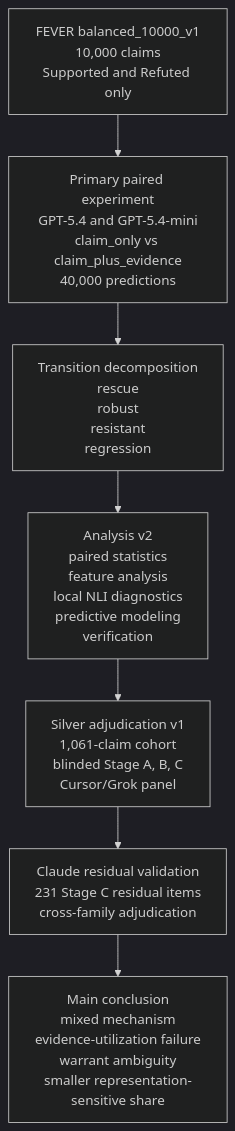
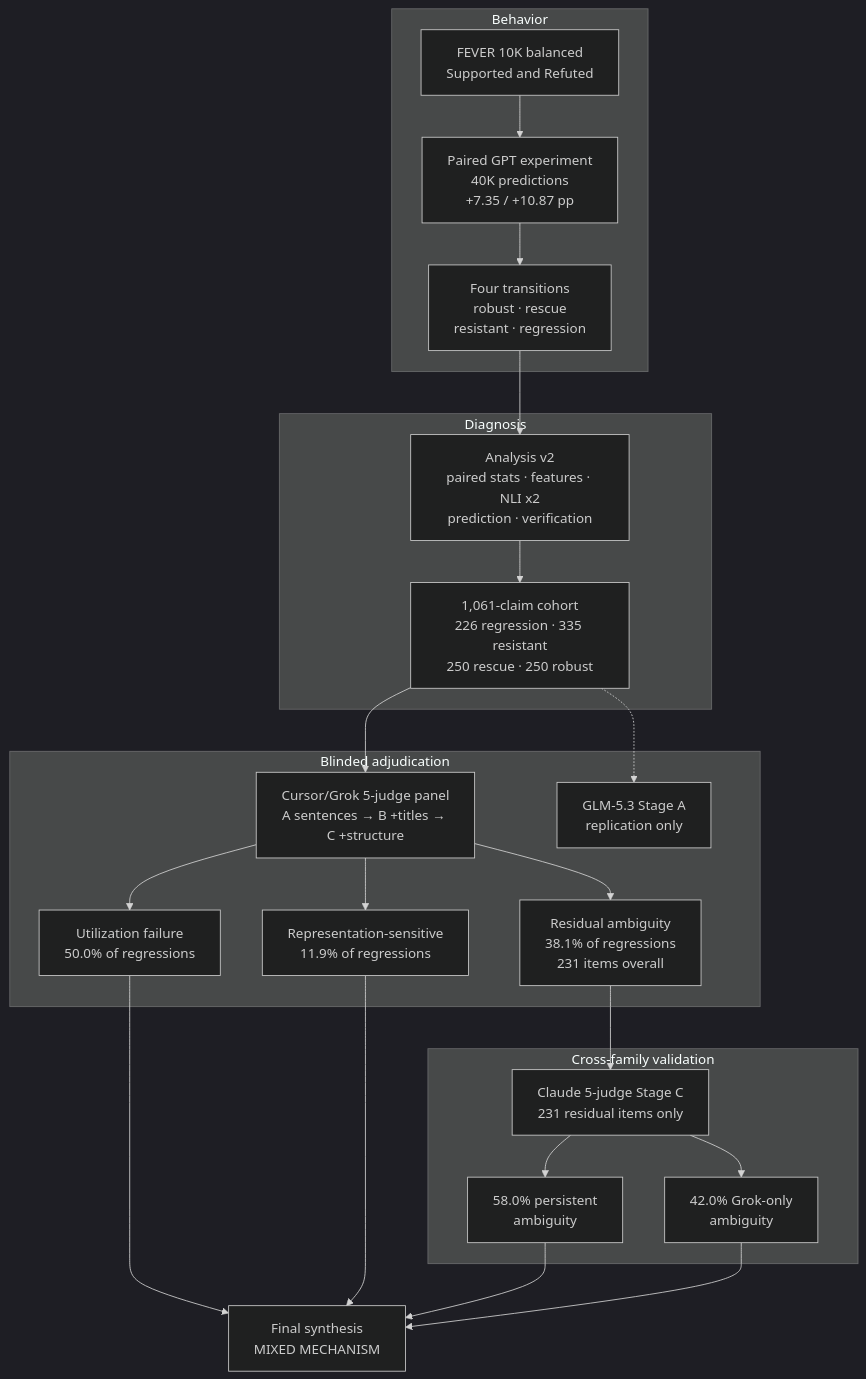
The diagram in README.md (ChimdumebiNebolisa/Evidex), drawn with Mermaid (dark theme) before and after one commit. The commit also changed other lines of this file, not shown here.

````diff
--- a/README.md
+++ b/README.md
@@ -7,14 +9,43 @@
 ```mermaid
 flowchart TD
-    A[FEVER balanced_10000_v1<br/>10,000 claims<br/>Supported and Refuted only] --> B[Primary paired experiment<br/>GPT-5.4 and GPT-5.4-mini<br/>claim_only vs claim_plus_evidence<br/>40,000 predictions]
+    subgraph Behavior["Behavior"]
+        fever[FEVER 10K balanced<br/>Supported and Refuted]
+        gpt[Paired GPT experiment<br/>40K predictions<br/>+7.35 / +10.87 pp]
+        trans[Four transitions<br/>robust · rescue<br/>resistant · regression]
+        fever --> gpt --> trans
+    end
 
-    B --> C[Transition decomposition<br/>rescue<br/>robust<br/>resistant<br/>regression]
+    subgraph Diagnosis["Diagnosis"]
+        a2[Analysis v2<br/>paired stats · features · NLI x2<br/>prediction · verification]
+        cohort[1,061-claim cohort<br/>226 regression · 335 resistant<br/>250 rescue · 250 robust]
+        trans --> a2 --> cohort
+    end
 
-    C --> D[Analysis v2<br/>paired statistics<br/>feature analysis<br/>local NLI diagnostics<br/>predictive modeling<br/>verification]
+    subgraph Adjudication["Blinded adjudication"]
+        grok[Cursor/Grok 5-judge panel<br/>A sentences → B +titles → C +structure]
+        glm[GLM-5.3 Stage A<br/>replication only]
+        util[Utilization failure<br/>50.0% of regressions]
+        rep[Representation-sensitive<br/>11.9% of regressions]
+        resid[Residual ambiguity<br/>38.1% of regressions<br/>231 items overall]
+        cohort --> grok
+        cohort -.-> glm
+        grok --> util
+        grok --> rep
+        grok --> resid
+    end
 
-    D --> E[Silver adjudication v1<br/>1,061-claim cohort<br/>blinded Stage A, B, C<br/>Cursor/Grok panel]
+    subgraph Validation["Cross-family validation"]
+        claude[Claude 5-judge Stage C<br/>231 residual items only]
+        persist[58.0% persistent<br/>ambiguity]
+        grokonly[42.0% Grok-only<br/>ambiguity]
+        resid --> claude
+        claude --> persist
+        claude --> grokonly
+    end
 
-    E --> F[Claude residual validation<br/>231 Stage C residual items<br/>cross-family adjudication]
-
-    F --> G[Main conclusion<br/>mixed mechanism<br/>evidence-utilization failure<br/>warrant ambiguity<br/>smaller representation-sensitive share]
+    mix[Final synthesis<br/>MIXED MECHANISM]
+    util --> mix
+    rep --> mix
+    persist --> mix
+    grokonly --> mix
 ```
````
